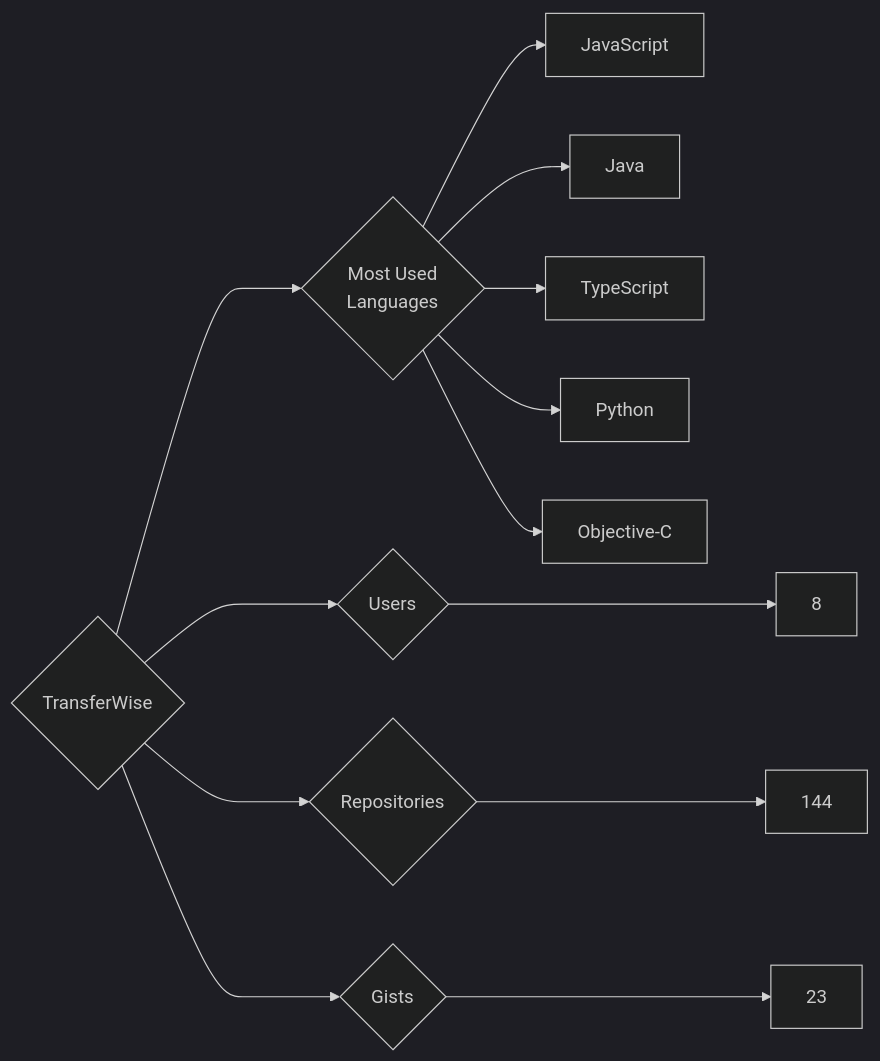
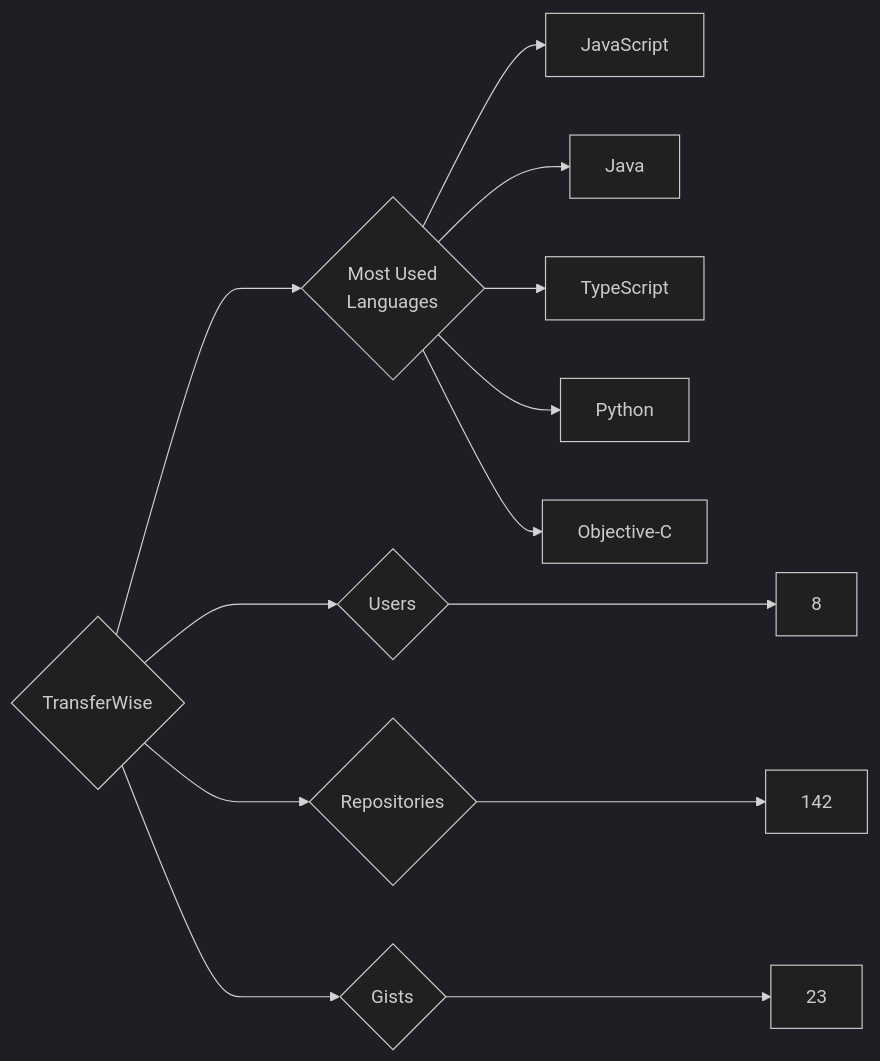
The diagram in targets/TransferWise/README.md (trickest/insiders), drawn with Mermaid (dark theme) before and after one commit. The commit also changed 725 other files, not shown here.

````diff
--- a/targets/TransferWise/README.md
+++ b/targets/TransferWise/README.md
@@ -3,13 +3,13 @@
 ```mermaid
 graph LR
 COMPANY_NAME{TransferWise}
 COMPANY_NAME ---> U{Users} ---> UN[8]
-COMPANY_NAME ---> R{Repositories} ---> RN[144]
+COMPANY_NAME ---> R{Repositories} ---> RN[142]
 COMPANY_NAME ---> G{Gists} ---> GN[23]
 COMPANY_NAME ---> ML{Most Used<br>Languages}
 ML --> JavaScript[JavaScript]
 ML --> Java[Java]
 ML --> TypeScript[TypeScript]
 ML --> Python[Python]
 ML --> Objective-C[Objective-C]
 ```
````
